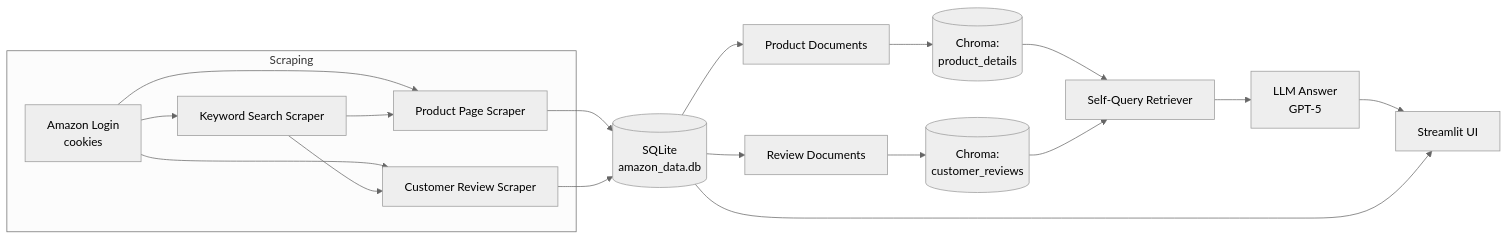
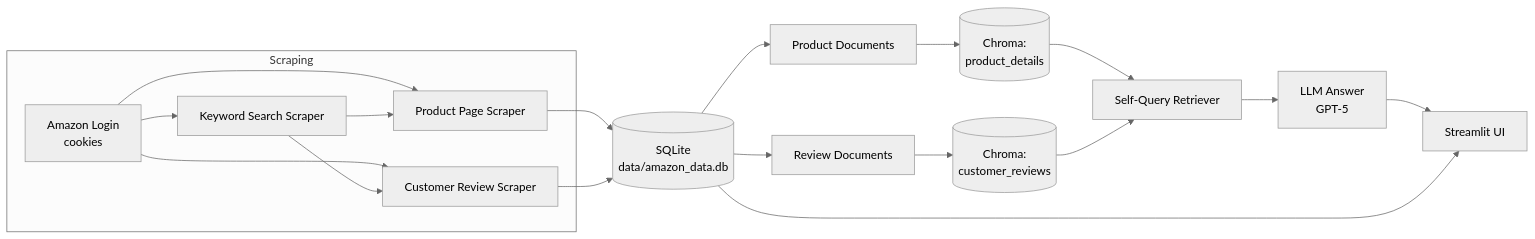
Before and after one commit to PankajSanger/Amazon-RAG-Assistant: the diagram in README.md, drawn with Mermaid (neutral theme). The commit also changed other lines of this file and 13 other files, not shown here.

````diff
--- a/README.md
+++ b/README.md
@@ -22,26 +22,26 @@
 ```mermaid
 flowchart LR
     subgraph Scraping
         A[Amazon Login<br/>cookies] --> B[Product Page Scraper]
         A --> C[Customer Review Scraper]
         A --> D[Keyword Search Scraper]
     end
 
     D --> B
     D --> C
-    B --> E[(SQLite<br/>amazon_data.db)]
+    B --> E[(SQLite<br/>data/amazon_data.db)]
     C --> E
 
     E --> F[Product Documents]
     E --> G[Review Documents]
 
     F --> H[(Chroma:<br/>product_details)]
     G --> I[(Chroma:<br/>customer_reviews)]
 
     H --> J[Self-Query Retriever]
     I --> J
     J --> K[LLM Answer<br/>GPT-5]
 
     K --> L[Streamlit UI]
     E --> L
 ```
````
